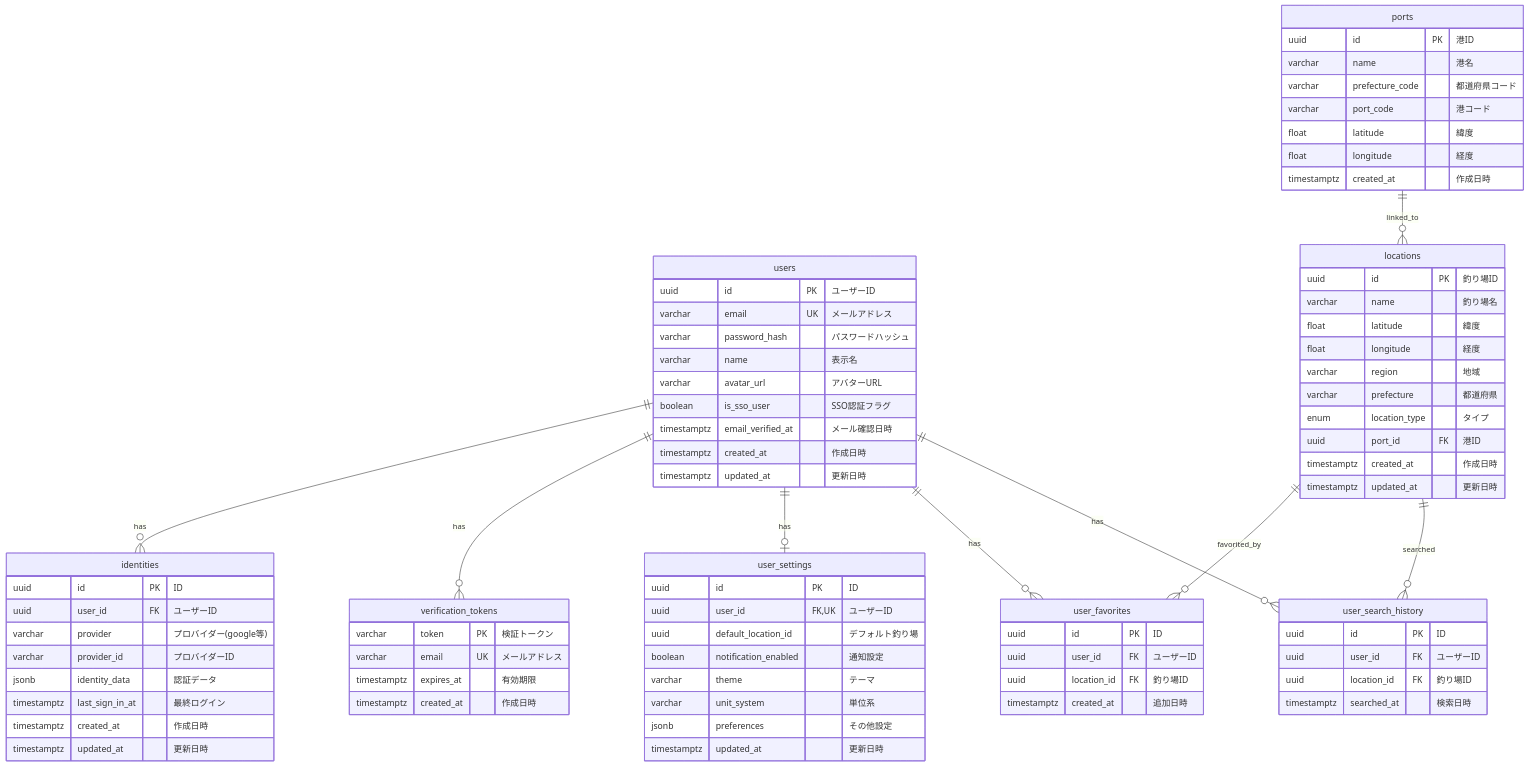
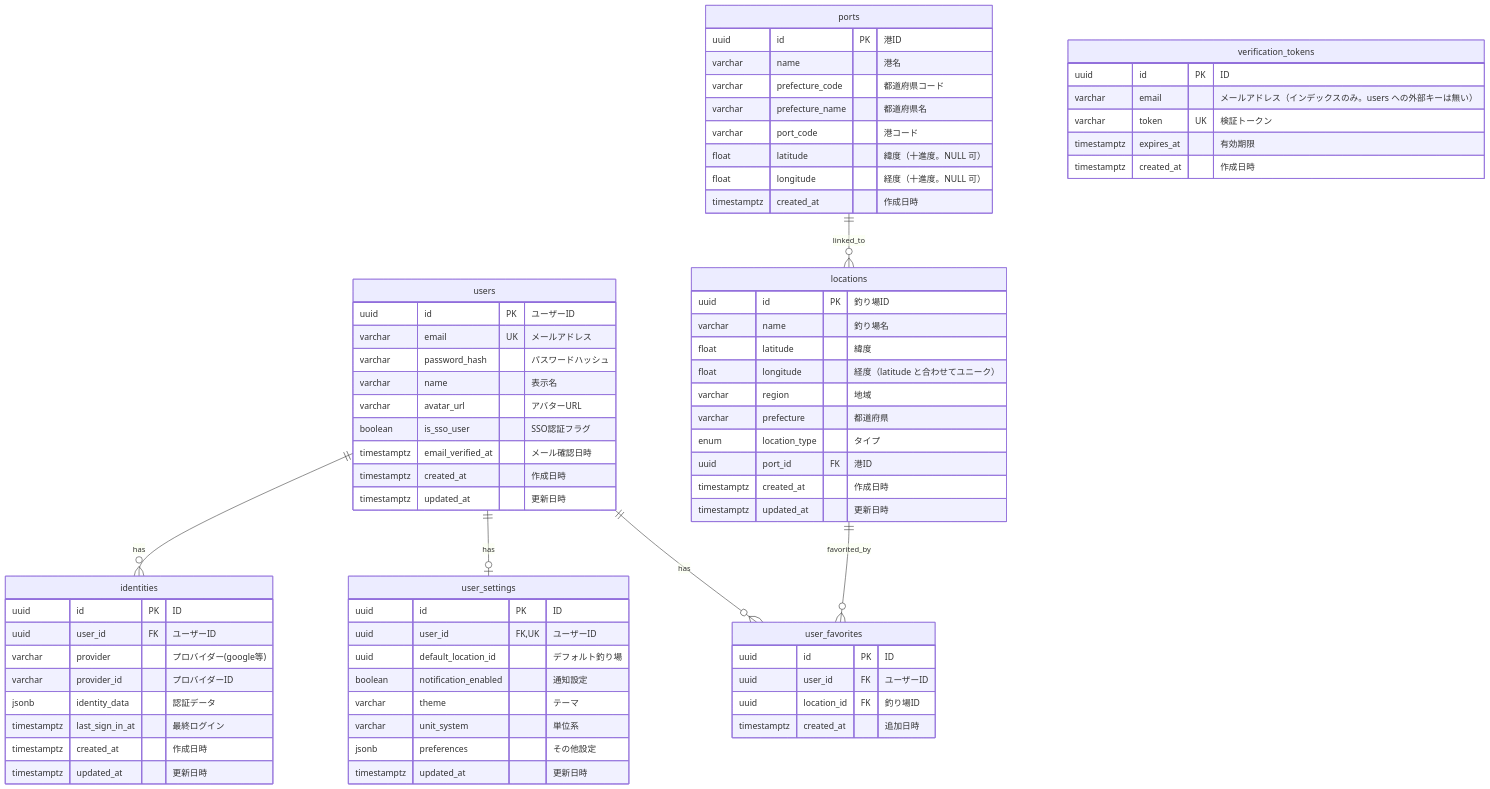
The second of 3 diagrams in docs/reference/architecture.md (kazumadev619-dev/FishingConditionsApp), drawn with Mermaid before and after one commit. The commit also changed other lines of this file and 6 other files, not shown here.

```diff
--- a/docs/reference/architecture.md
+++ b/docs/reference/architecture.md
@@ -169,17 +166,14 @@
     %% 認証・ユーザー系
     %% ============================================
     users ||--o{ identities : "has"
-    users ||--o{ verification_tokens : "has"
     users ||--o| user_settings : "has"
     users ||--o{ user_favorites : "has"
-    users ||--o{ user_search_history : "has"
 
     %% ============================================
     %% 釣り場・位置情報系
     %% ============================================
     ports ||--o{ locations : "linked_to"
     locations ||--o{ user_favorites : "favorited_by"
-    locations ||--o{ user_search_history : "searched"
 
     %% ============================================
     %% テーブル定義
@@ -208,8 +202,9 @@
     }
 
     verification_tokens {
-        varchar token PK "検証トークン"
-        varchar email UK "メールアドレス"
+        uuid id PK "ID"
+        varchar email "メールアドレス（インデックスのみ。users への外部キーは無い）"
+        varchar token UK "検証トークン"
         timestamptz expires_at "有効期限"
         timestamptz created_at "作成日時"
     }
@@ -218,7 +213,7 @@
         uuid id PK "釣り場ID"
         varchar name "釣り場名"
         float latitude "緯度"
-        float longitude "経度"
+        float longitude "経度（latitude と合わせてユニーク）"
         varchar region "地域"
         varchar prefecture "都道府県"
         enum location_type "タイプ"
@@ -231,9 +226,10 @@
         uuid id PK "港ID"
         varchar name "港名"
         varchar prefecture_code "都道府県コード"
+        varchar prefecture_name "都道府県名"
         varchar port_code "港コード"
-        float latitude "緯度"
-        float longitude "経度"
+        float latitude "緯度（十進度。NULL 可）"
+        float longitude "経度（十進度。NULL 可）"
         timestamptz created_at "作成日時"
     }
 
@@ -242,13 +238,6 @@
         uuid user_id FK "ユーザーID"
         uuid location_id FK "釣り場ID"
         timestamptz created_at "追加日時"
-    }
-
-    user_search_history {
-        uuid id PK "ID"
-        uuid user_id FK "ユーザーID"
-        uuid location_id FK "釣り場ID"
-        timestamptz searched_at "検索日時"
     }
 
     user_settings {
```
